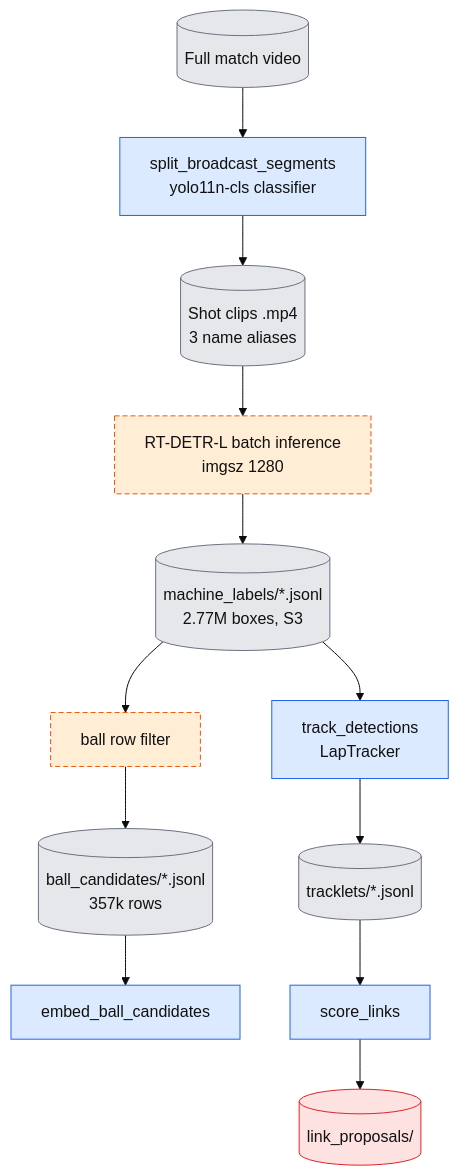
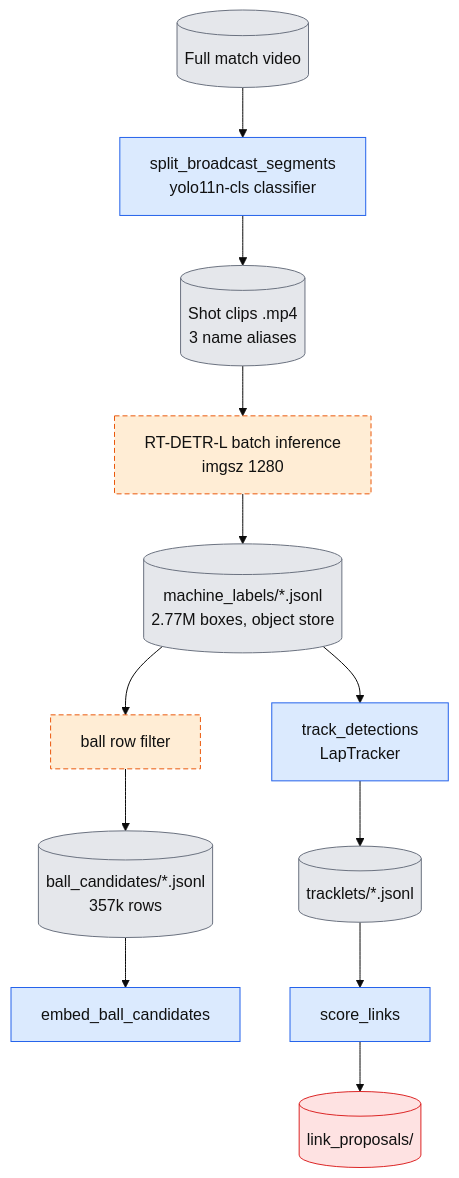
The first of 5 diagrams in docs/architecture.md (egroeg121/footy-track), drawn with Mermaid (base theme) before and after one commit. The commit also changed other lines of this file and 8 other files, not shown here.

First line of the commit message:
docs: fuller architecture, data, pipeline and training pages; remove private paths (#31)

````diff
--- a/docs/architecture.md
+++ b/docs/architecture.md
@@ -30,19 +30,19 @@
 ```mermaid
 flowchart TB
   classDef code fill:#dbeafe,stroke:#2563eb,color:#111
   classDef data fill:#e5e7eb,stroke:#6b7280,color:#111
   classDef missing fill:#ffedd5,stroke:#ea580c,stroke-dasharray:5 3,color:#111
   classDef dead fill:#fee2e2,stroke:#dc2626,color:#111
   classDef bc fill:#ede9fe,stroke:#7c3aed,color:#111
   VID[("Full match video")]:::data --> SEG["split_broadcast_segments<br/>yolo11n-cls classifier"]:::code
   SEG --> CLIPS[("Shot clips .mp4<br/>3 name aliases")]:::data
   CLIPS --> RTD["RT-DETR-L batch inference<br/>imgsz 1280"]:::missing
-  RTD --> ML[("machine_labels/*.jsonl<br/>2.77M boxes, S3")]:::data
+  RTD --> ML[("machine_labels/*.jsonl<br/>2.77M boxes, object store")]:::data
   ML --> FILT["ball row filter"]:::missing
   FILT --> CAND[("ball_candidates/*.jsonl<br/>357k rows")]:::data
   CAND --> EMB["embed_ball_candidates"]:::code
   ML --> TRK["track_detections<br/>LapTracker"]:::code
   TRK --> TL[("tracklets/*.jsonl")]:::data
   TL --> LINK["score_links"]:::code
   LINK --> LP[("link_proposals/")]:::dead
 ```
````
